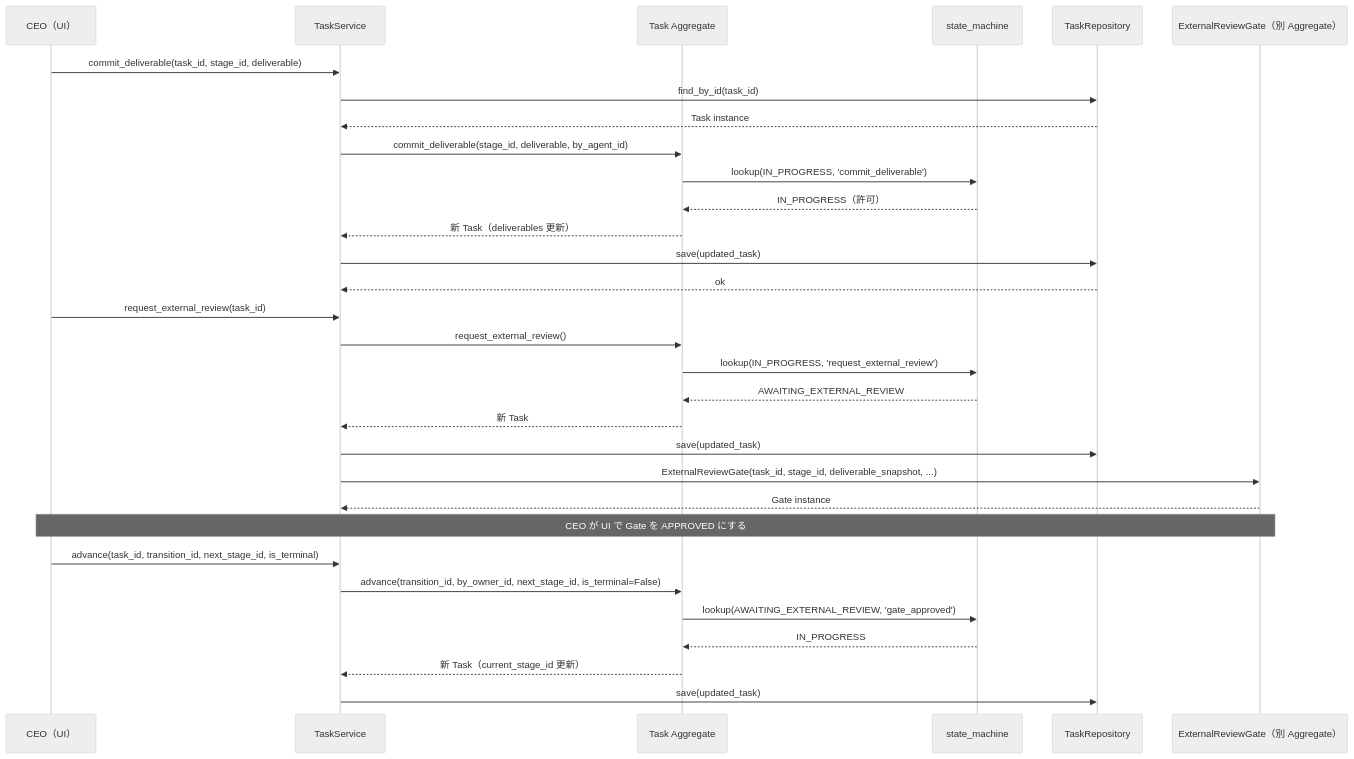
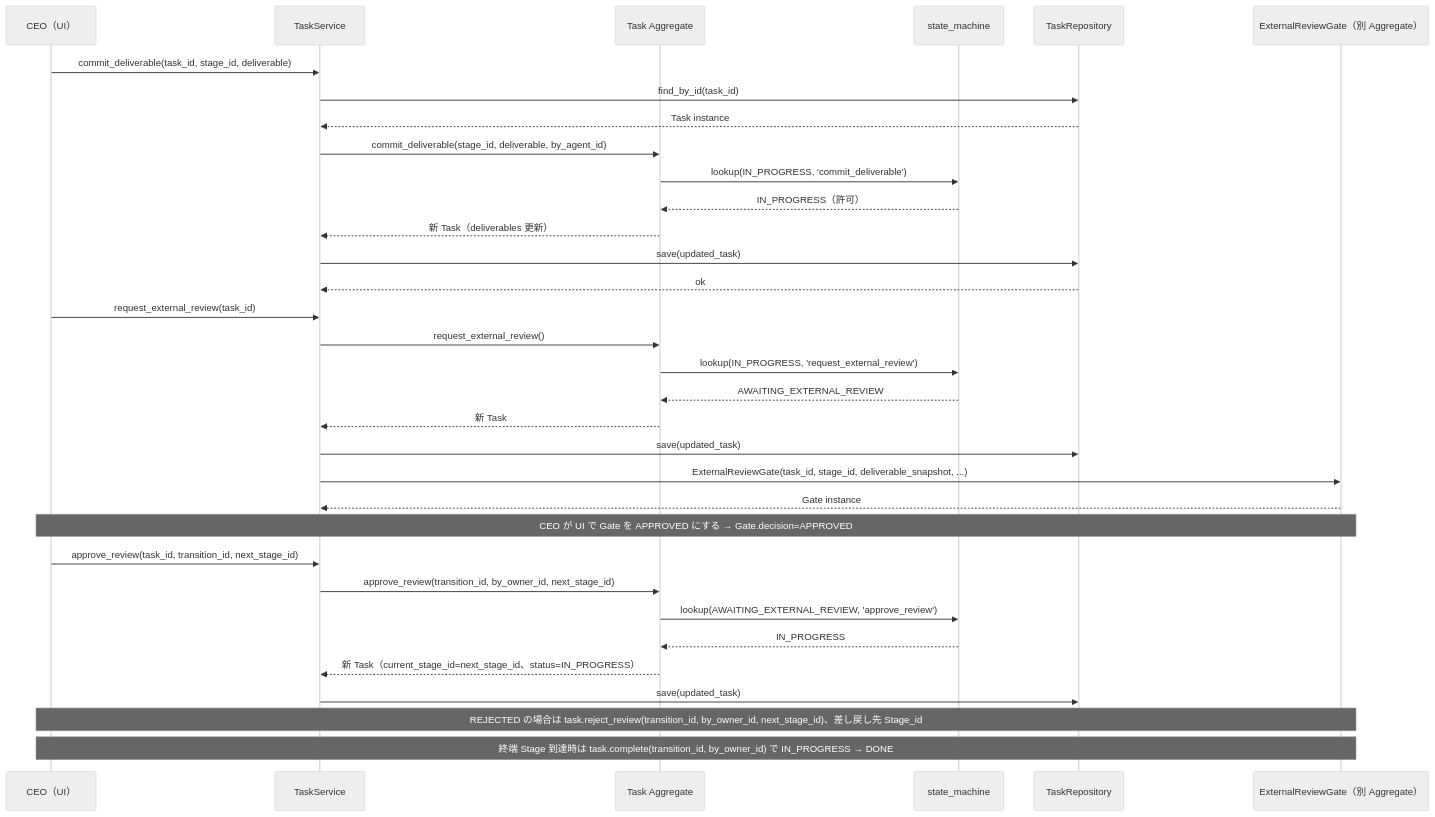
The second of 3 diagrams in docs/features/task/basic-design.md (bakufu-dev/bakufu), drawn with Mermaid (neutral theme) before and after one commit. The commit also changed other lines of this file and 4 other files, not shown here.

First line of the commit message:
docs(task): address Steve R2 feedback on PR #40 — freeze method × current_status dispatch

````diff
--- a/docs/features/task/basic-design.md
+++ b/docs/features/task/basic-design.md
@@ -189,37 +200,40 @@
 ```mermaid
 sequenceDiagram
     participant CEO as CEO（UI）
     participant TaskSvc as TaskService
     participant Task as Task Aggregate
     participant SM as state_machine
     participant Repo as TaskRepository
     participant Gate as ExternalReviewGate（別 Aggregate）
 
     CEO->>TaskSvc: commit_deliverable(task_id, stage_id, deliverable)
     TaskSvc->>Repo: find_by_id(task_id)
     Repo-->>TaskSvc: Task instance
     TaskSvc->>Task: commit_deliverable(stage_id, deliverable, by_agent_id)
     Task->>SM: lookup(IN_PROGRESS, 'commit_deliverable')
     SM-->>Task: IN_PROGRESS（許可）
     Task-->>TaskSvc: 新 Task（deliverables 更新）
     TaskSvc->>Repo: save(updated_task)
     Repo-->>TaskSvc: ok
 
     CEO->>TaskSvc: request_external_review(task_id)
     TaskSvc->>Task: request_external_review()
     Task->>SM: lookup(IN_PROGRESS, 'request_external_review')
     SM-->>Task: AWAITING_EXTERNAL_REVIEW
     Task-->>TaskSvc: 新 Task
     TaskSvc->>Repo: save(updated_task)
     TaskSvc->>Gate: ExternalReviewGate(task_id, stage_id, deliverable_snapshot, ...)
     Gate-->>TaskSvc: Gate instance
 
-    Note over CEO,Gate: CEO が UI で Gate を APPROVED にする
+    Note over CEO,Gate: CEO が UI で Gate を APPROVED にする → Gate.decision=APPROVED
 
-    CEO->>TaskSvc: advance(task_id, transition_id, next_stage_id, is_terminal)
-    TaskSvc->>Task: advance(transition_id, by_owner_id, next_stage_id, is_terminal=False)
-    Task->>SM: lookup(AWAITING_EXTERNAL_REVIEW, 'gate_approved')
+    CEO->>TaskSvc: approve_review(task_id, transition_id, next_stage_id)
+    TaskSvc->>Task: approve_review(transition_id, by_owner_id, next_stage_id)
+    Task->>SM: lookup(AWAITING_EXTERNAL_REVIEW, 'approve_review')
     SM-->>Task: IN_PROGRESS
-    Task-->>TaskSvc: 新 Task（current_stage_id 更新）
+    Task-->>TaskSvc: 新 Task（current_stage_id=next_stage_id、status=IN_PROGRESS）
     TaskSvc->>Repo: save(updated_task)
+
+    Note over CEO,Gate: REJECTED の場合は task.reject_review(transition_id, by_owner_id, next_stage_id)、差し戻し先 Stage_id
+    Note over CEO,Gate: 終端 Stage 到達時は task.complete(transition_id, by_owner_id) で IN_PROGRESS → DONE
 ```
````
